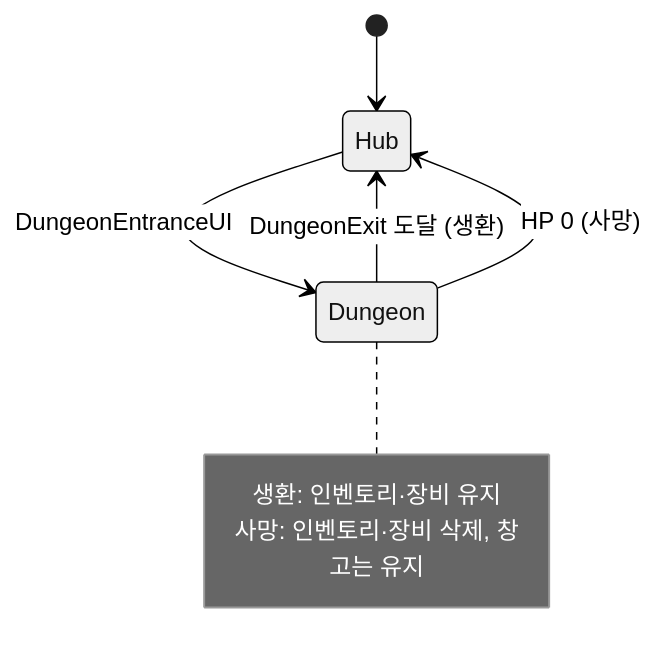
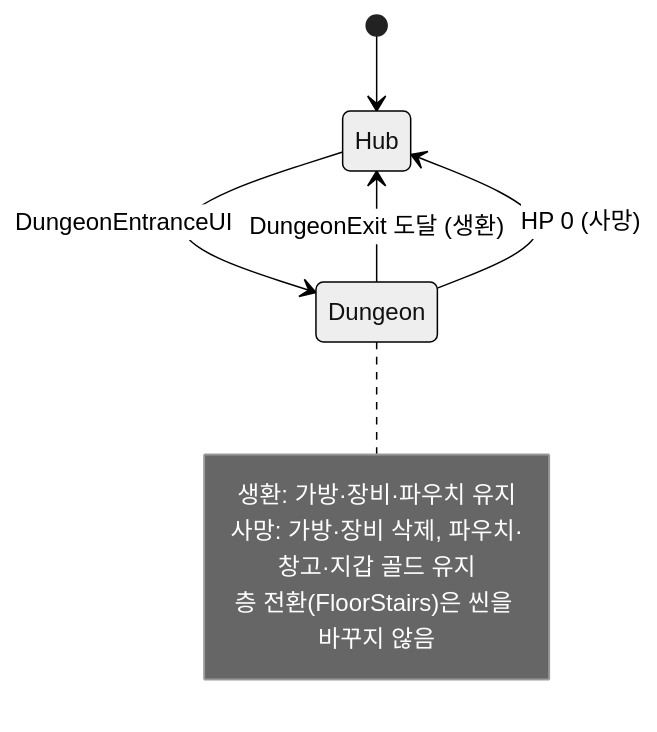
One commit to Jin-wuk/100-Bag-Back-Public changed the second of 5 diagrams in Docs/ARCHITECTURE.md. Above: the diagram before and after it, drawn with Mermaid (neutral theme). The commit also changed other lines of this file and 2 other files, not shown here.

First line of the commit message:
docs: ARCHITECTURE·ScriptMaps를 현재 코드 기준으로 갱신 (스크립트 99개 전부 수록)

````diff
--- a/Docs/ARCHITECTURE.md
+++ b/Docs/ARCHITECTURE.md
@@ -90,11 +108,12 @@
 ```mermaid
 stateDiagram-v2
     [*] --> Hub
     Hub --> Dungeon : DungeonEntranceUI
     Dungeon --> Hub : DungeonExit 도달 (생환)
     Dungeon --> Hub : HP 0 (사망)
     note right of Dungeon
-        생환: 인벤토리·장비 유지
-        사망: 인벤토리·장비 삭제, 창고는 유지
+        생환: 가방·장비·파우치 유지
+        사망: 가방·장비 삭제, 파우치·창고·지갑 골드 유지
+        층 전환(FloorStairs)은 씬을 바꾸지 않음
     end note
 ```
````
